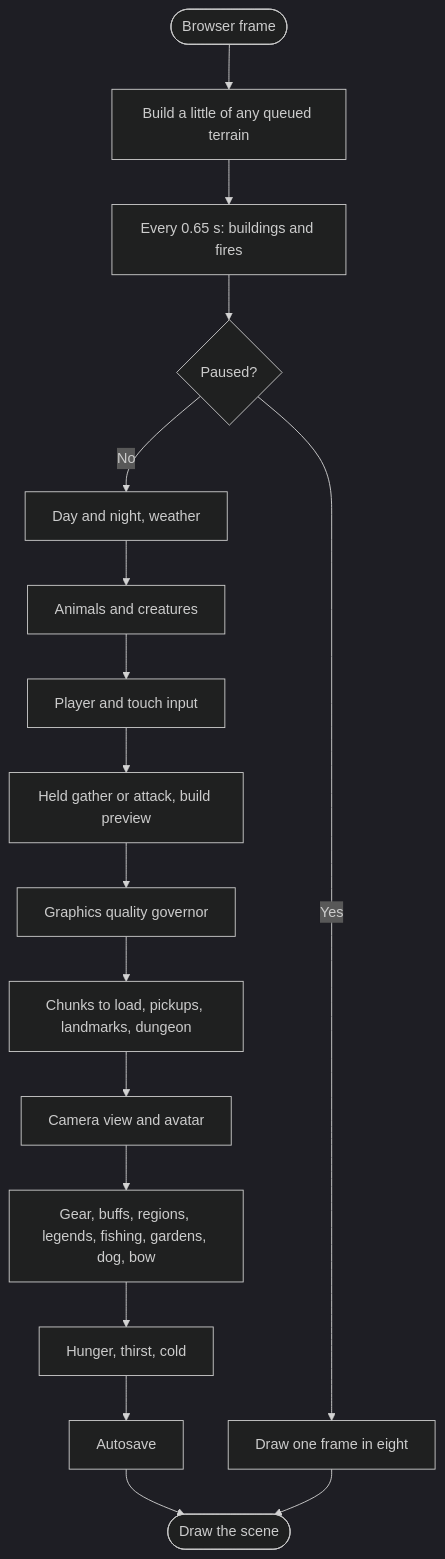
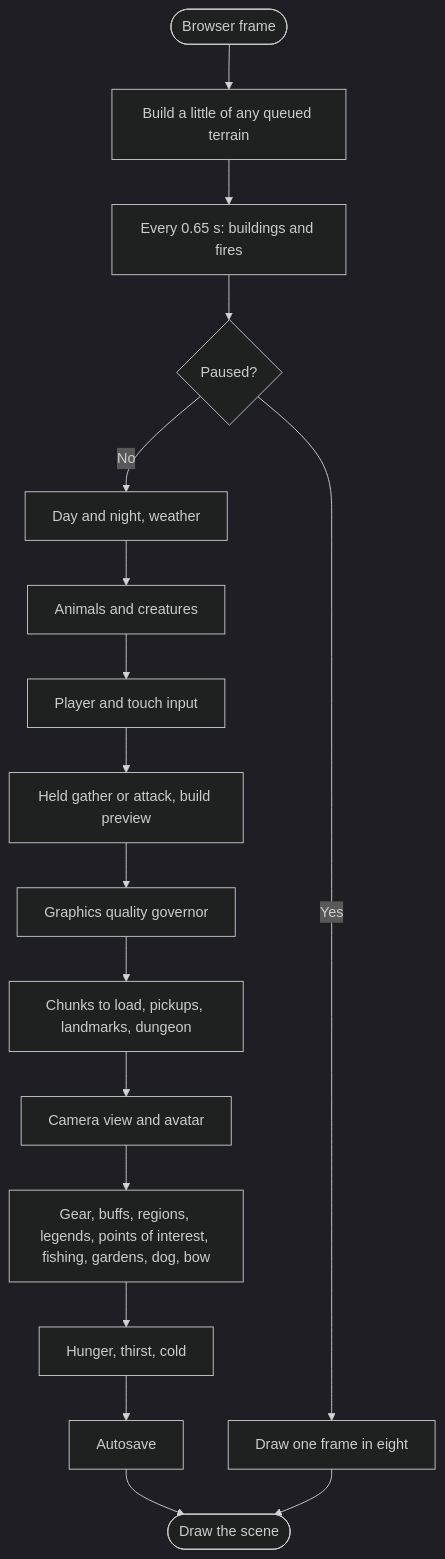
Before and after one commit to CptNope/Survival-Game: the fourth of 5 diagrams in README.md, drawn with Mermaid (dark theme). The commit also changed other lines of this file and 14 other files, not shown here.

First line of the commit message:
Add points of interest: watchtowers, waystones, dens and havens

````diff
--- a/README.md
+++ b/README.md
@@ -384,19 +399,19 @@
 ```mermaid
 flowchart TD
     frame([Browser frame]) --> chunks[Build a little of any queued terrain]
     chunks --> slow[Every 0.65 s: buildings and fires]
     slow --> paused{Paused?}
     paused -->|Yes| eighth[Draw one frame in eight]
     paused -->|No| clock[Day and night, weather]
     clock --> beasts[Animals and creatures]
     beasts --> input[Player and touch input]
     input --> act[Held gather or attack, build preview]
     act --> governor[Graphics quality governor]
     governor --> near[Chunks to load, pickups, landmarks, dungeon]
     near --> camera[Camera view and avatar]
-    camera --> systems[Gear, buffs, regions, legends, fishing, gardens, dog, bow]
+    camera --> systems[Gear, buffs, regions, legends, points of interest, fishing, gardens, dog, bow]
     systems --> needs[Hunger, thirst, cold]
     needs --> autosave[Autosave]
     autosave --> draw([Draw the scene])
     eighth --> draw
 ```
````
